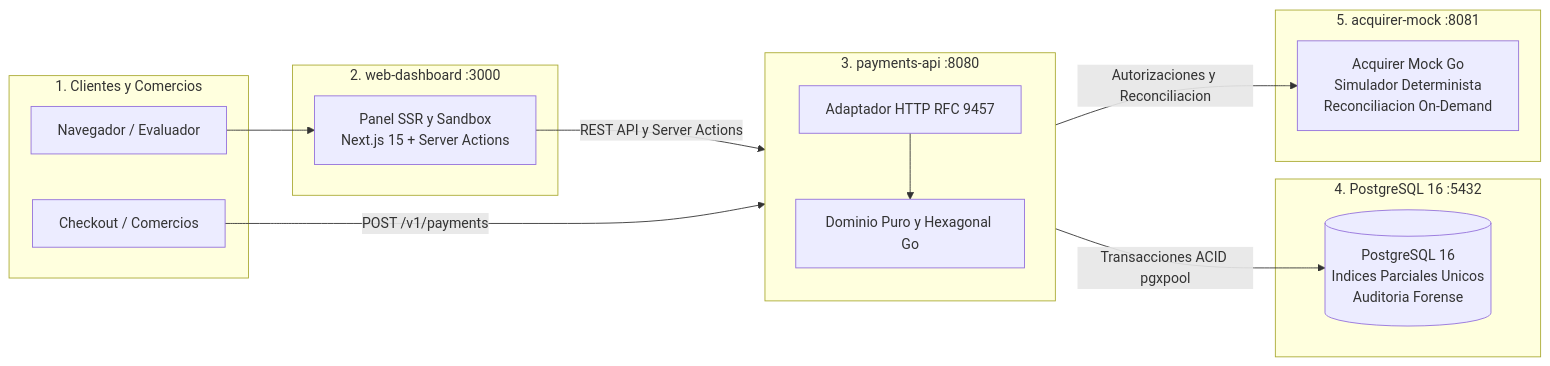
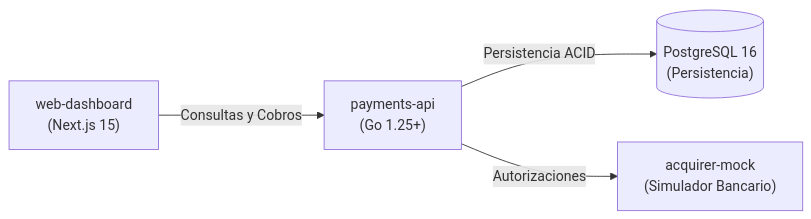
Before and after one commit to ImSoHappi/test-haulmer: the first of 5 diagrams in README.md, drawn with Mermaid.

Commit message:
docs(readme): simplify MVP architecture diagram to 4 core components

````diff
--- a/README.md
+++ b/README.md
@@ -115,32 +115,11 @@
 ```mermaid
 flowchart LR
-    subgraph ClientLayer ["1. Clientes y Comercios"]
-        Browser["Navegador / Evaluador"]
-        Checkout["Checkout / Comercios"]
-    end
+    Dashboard["web-dashboard<br/>(Next.js 15)"]
+    API["payments-api<br/>(Go 1.25+)"]
+    DB[("PostgreSQL 16<br/>(Persistencia)")]
+    Mock["acquirer-mock<br/>(Simulador Bancario)"]
 
-    subgraph WebLayer ["2. web-dashboard :3000"]
-        Dashboard["Panel SSR y Sandbox<br/>Next.js 15 + Server Actions"]
-    end
-
-    subgraph CoreLayer ["3. payments-api :8080"]
-        direction TB
-        HTTP["Adaptador HTTP RFC 9457"]
-        Domain["Dominio Puro y Hexagonal Go"]
-        HTTP --> Domain
-    end
-
-    subgraph StorageLayer ["4. PostgreSQL 16 :5432"]
-        DB[("PostgreSQL 16<br/>Indices Parciales Unicos<br/>Auditoria Forense")]
-    end
-
-    subgraph AcquirerLayer ["5. acquirer-mock :8081"]
-        Mock["Acquirer Mock Go<br/>Simulador Determinista<br/>Reconciliacion On-Demand"]
-    end
-
-    Browser --> Dashboard
-    Dashboard -->|REST API y Server Actions| HTTP
-    Checkout -->|POST /v1/payments| HTTP
-    Domain -->|Transacciones ACID pgxpool| DB
-    Domain -->|Autorizaciones y Reconciliacion| Mock
+    Dashboard -->|Consultas y Cobros| API
+    API -->|Persistencia ACID| DB
+    API -->|Autorizaciones| Mock
 ```
````
